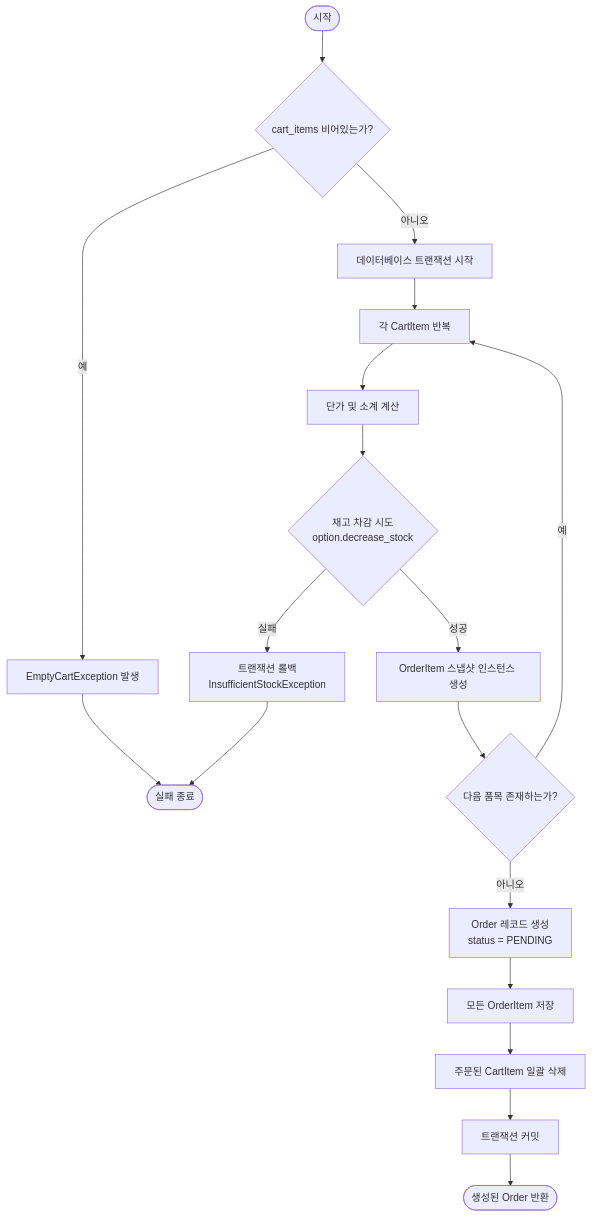
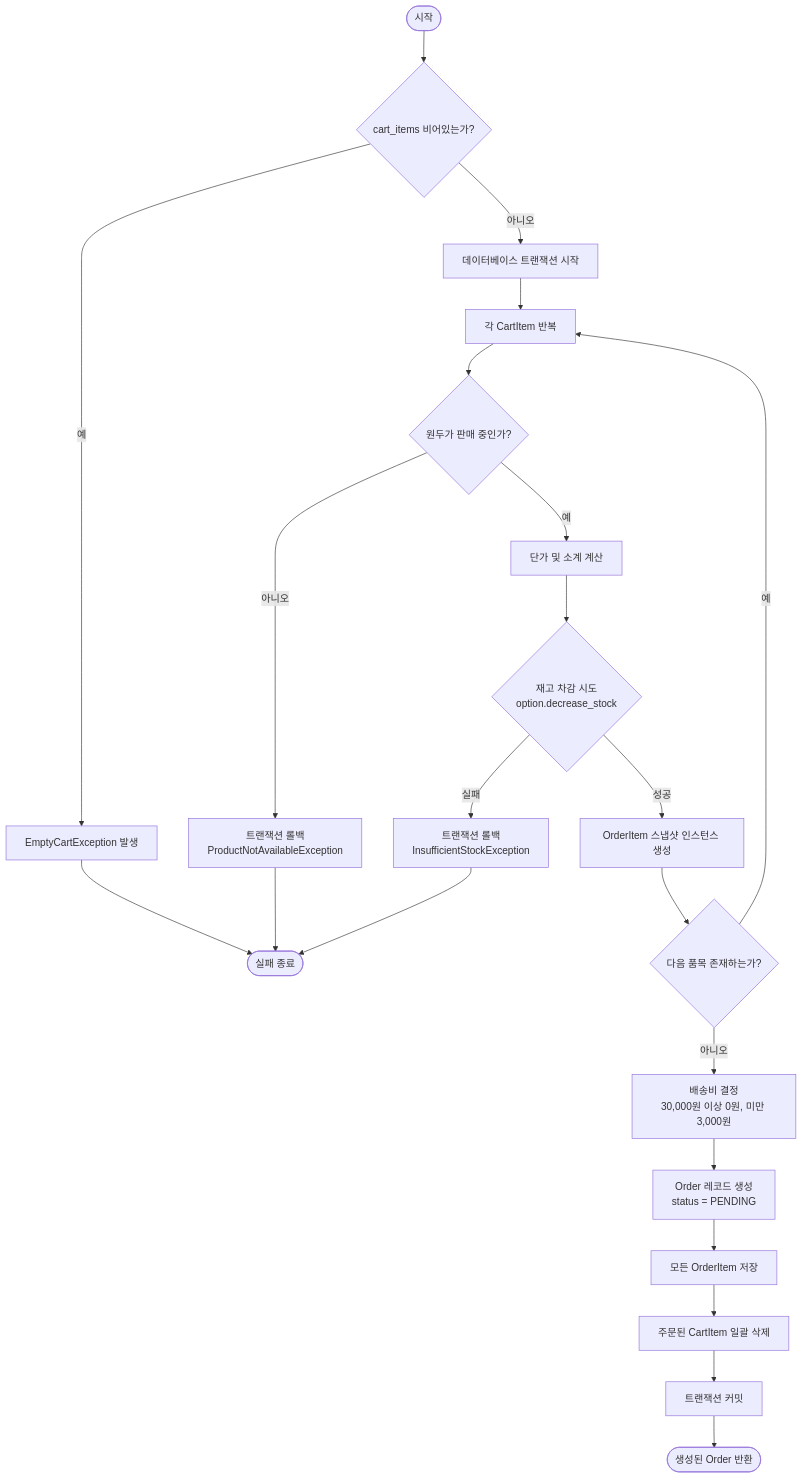
The first of 2 diagrams in docs/backend/method-algorithms.md (seren-wib/coffee-shop), drawn with Mermaid before and after one commit. The commit also changed other lines of this file and 33 other files, not shown here.

````diff
--- a/docs/backend/method-algorithms.md
+++ b/docs/backend/method-algorithms.md
@@ -55,21 +58,24 @@
 ```mermaid
 flowchart TD
     Start([시작]) --> CheckEmpty{cart_items 비어있는가?}
     CheckEmpty -- 예 --> RaiseEmpty[EmptyCartException 발생] --> EndFail([실패 종료])
     CheckEmpty -- 아니오 --> BeginTx[데이터베이스 트랜잭션 시작]
     
     BeginTx --> LoopItems[각 CartItem 반복]
-    LoopItems --> CalcPrice[단가 및 소계 계산]
+    LoopItems --> CheckSale{원두가 판매 중인가?}
+    CheckSale -- 아니오 --> RollbackSale[트랜잭션 롤백<br>ProductNotAvailableException] --> EndFail
+    CheckSale -- 예 --> CalcPrice[단가 및 소계 계산]
     CalcPrice --> TryDecrease{재고 차감 시도<br>option.decrease_stock}
     
     TryDecrease -- 실패 --> Rollback[트랜잭션 롤백<br>InsufficientStockException] --> EndFail
     TryDecrease -- 성공 --> CreateOI[OrderItem 스냅샷 인스턴스 생성]
     CreateOI --> HasMore{다음 품목 존재하는가?}
     
     HasMore -- 예 --> LoopItems
-    HasMore -- 아니오 --> CreateOrder[Order 레코드 생성<br>status = PENDING]
+    HasMore -- 아니오 --> CalcFee[배송비 결정<br>30,000원 이상 0원, 미만 3,000원]
+    CalcFee --> CreateOrder[Order 레코드 생성<br>status = PENDING]
     CreateOrder --> SaveOIs[모든 OrderItem 저장]
     SaveOIs --> DeleteCart[주문된 CartItem 일괄 삭제]
     DeleteCart --> CommitTx[트랜잭션 커밋]
     CommitTx --> ReturnOrder([생성된 Order 반환])
 ```
````
